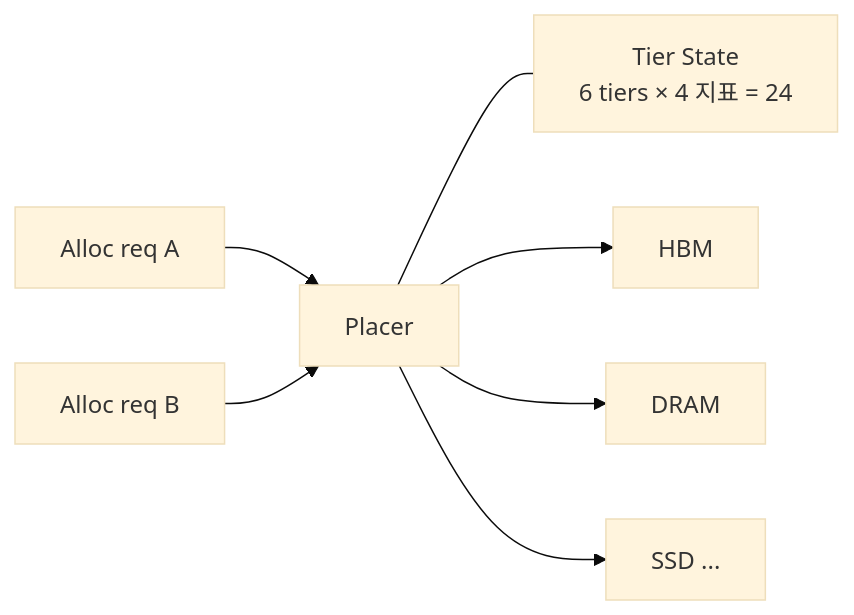
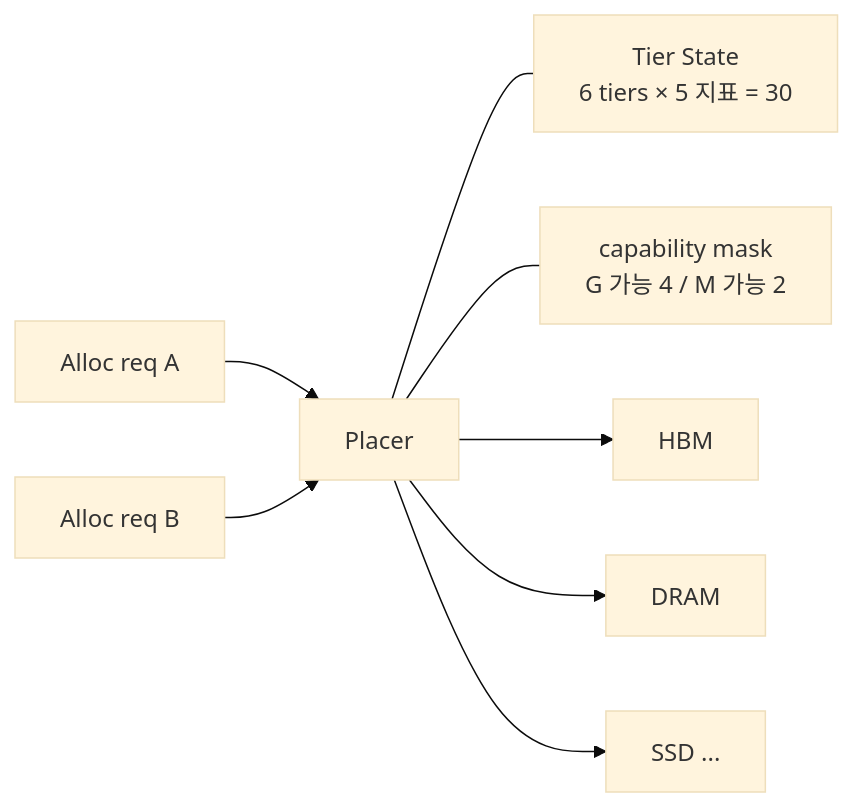
One commit to mkim0628/vllm changed the third of 8 diagrams in doc-mk/vllm-dp1-placement-decision-basis.md. Above: the diagram before and after it, drawn with Mermaid (base theme). The commit also changed other lines of this file, not shown here.

````diff
--- a/doc-mk/vllm-dp1-placement-decision-basis.md
+++ b/doc-mk/vllm-dp1-placement-decision-basis.md
@@ -314,9 +387,10 @@
 ```mermaid
 flowchart LR
   R1[Alloc req A] --> PL[Placer]
   R2[Alloc req B] --> PL
-  PL --- TS[Tier State<br/>6 tiers × 4 지표 = 24]
+  PL --- TS[Tier State<br/>6 tiers × 5 지표 = 30]
+  PL --- FM[capability mask<br/>G 가능 4 / M 가능 2]
   PL --> T1[HBM]
   PL --> T2[DRAM]
   PL --> T3[SSD ...]
 ```
````
